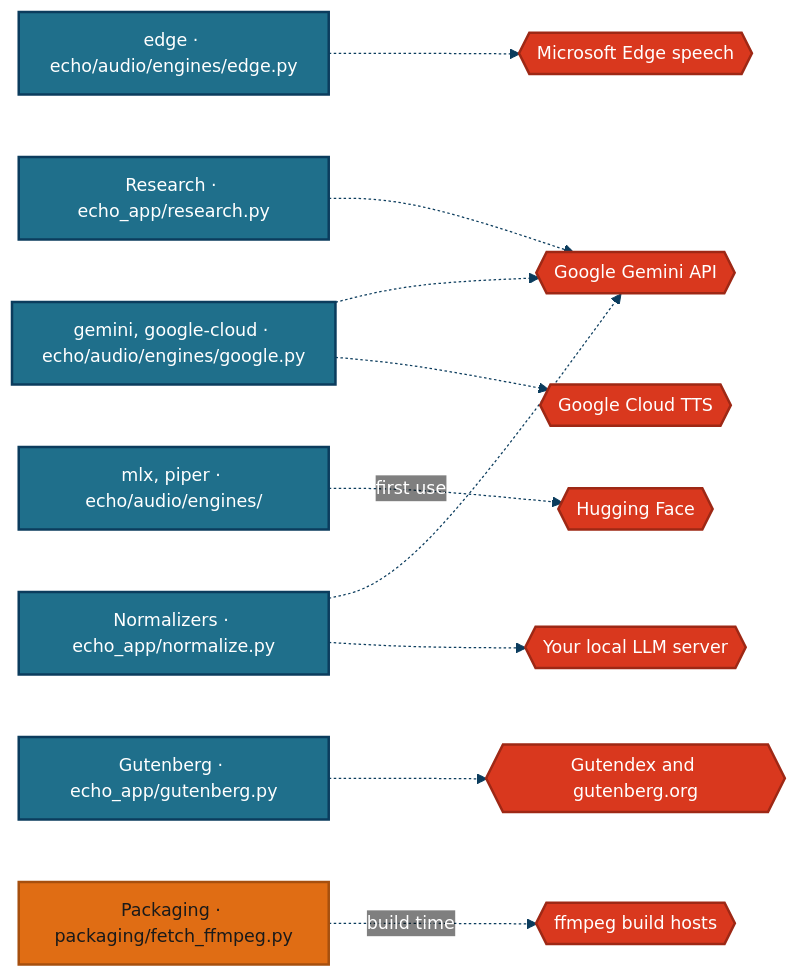
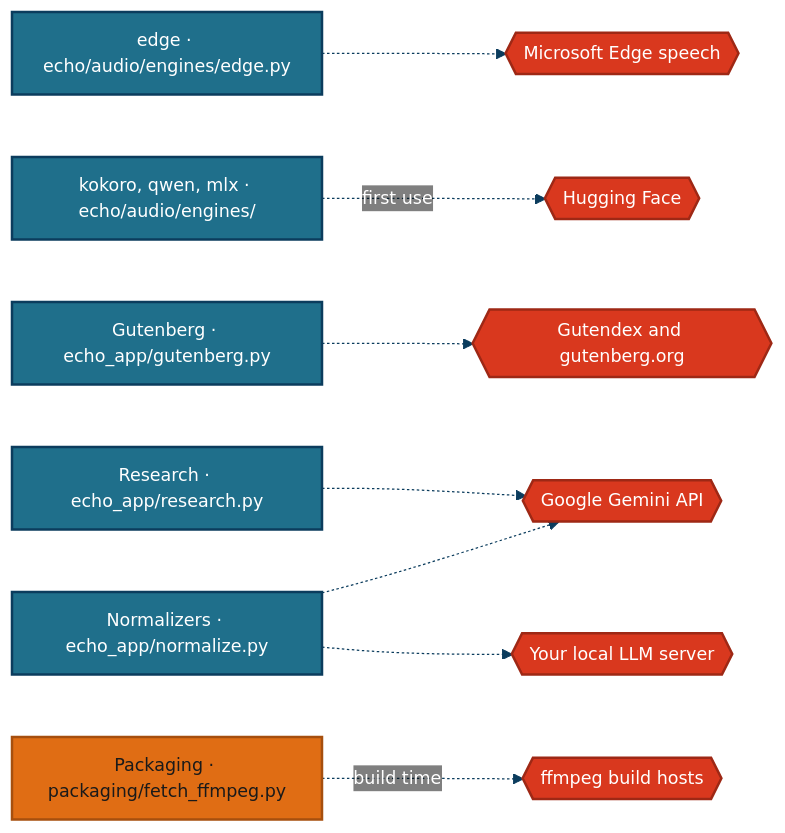
One commit to Tshort76/echo changed the diagram in docs/sources.md. Above: the diagram before and after it, drawn with Mermaid. The commit also changed other lines of this file and 24 other files, not shown here.

Commit message:
Remove unused speech engines and clarify the TTS picker label

````diff
--- a/docs/sources.md
+++ b/docs/sources.md
@@ -7,35 +7,31 @@
 ```mermaid
 %%{init: {"theme": "base", "themeVariables": {"fontSize": "14px", "lineColor": "#0B3C5D", "primaryColor": "#1F6F8B", "primaryTextColor": "#FFFFFF", "primaryBorderColor": "#0B3C5D", "clusterBkg": "transparent", "clusterBorder": "#7A8B99", "edgeLabelBackground": "transparent", "actorBkg": "#E06D14", "actorTextColor": "#1A1A1A", "actorBorder": "#A64F0E", "signalColor": "#0B3C5D", "signalTextColor": "#0B3C5D", "labelBoxBkgColor": "#1F6F8B", "labelTextColor": "#FFFFFF"}, "flowchart": {"curve": "basis", "padding": 12}} }%%
 flowchart LR
   EDGE["edge · echo/audio/engines/edge.py"]
-  GOOG["gemini, google-cloud · echo/audio/engines/google.py"]
-  LOCAL["mlx, piper · echo/audio/engines/"]
+  LOCAL["kokoro, qwen, mlx · echo/audio/engines/"]
   GB["Gutenberg · echo_app/gutenberg.py"]
   RE["Research · echo_app/research.py"]
   NO["Normalizers · echo_app/normalize.py"]
   PK["Packaging · packaging/fetch_ffmpeg.py"]
   MS{{"Microsoft Edge speech"}}
   GA{{"Google Gemini API"}}
-  GC{{"Google Cloud TTS"}}
   HF{{"Hugging Face"}}
   GX{{"Gutendex and gutenberg.org"}}
   LL{{"Your local LLM server"}}
   FB{{"ffmpeg build hosts"}}
   EDGE -.-> MS
-  GOOG -.-> GA
-  GOOG -.-> GC
   LOCAL -. "first use" .-> HF
   GB -.-> GX
   RE -.-> GA
   NO -.-> GA
   NO -.-> LL
   PK -. "build time" .-> FB
-  class EDGE,GOOG,LOCAL,GB,RE,NO stage
+  class EDGE,LOCAL,GB,RE,NO stage
   class PK entry
-  class MS,GA,GC,HF,GX,LL,FB ext
+  class MS,GA,HF,GX,LL,FB ext
   classDef entry fill:#E06D14,stroke:#A64F0E,stroke-width:2px,color:#1A1A1A
   classDef stage fill:#1F6F8B,stroke:#0B3C5D,stroke-width:2px,color:#ffffff
   classDef store fill:#387B5B,stroke:#255740,stroke-width:2px,color:#ffffff
   classDef ext   fill:#D9381E,stroke:#9E2815,stroke-width:2px,color:#ffffff
   classDef focus fill:#5C3D67,stroke:#3D2845,stroke-width:2px,color:#ffffff
 ```
````
